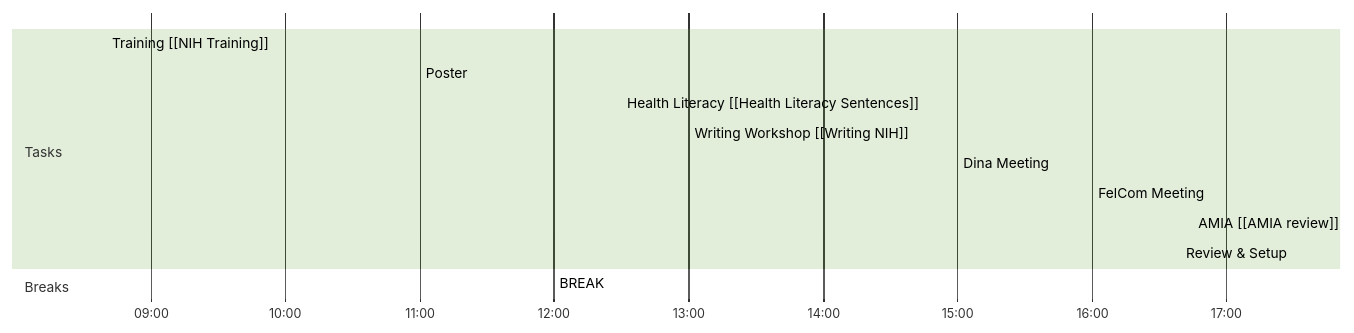
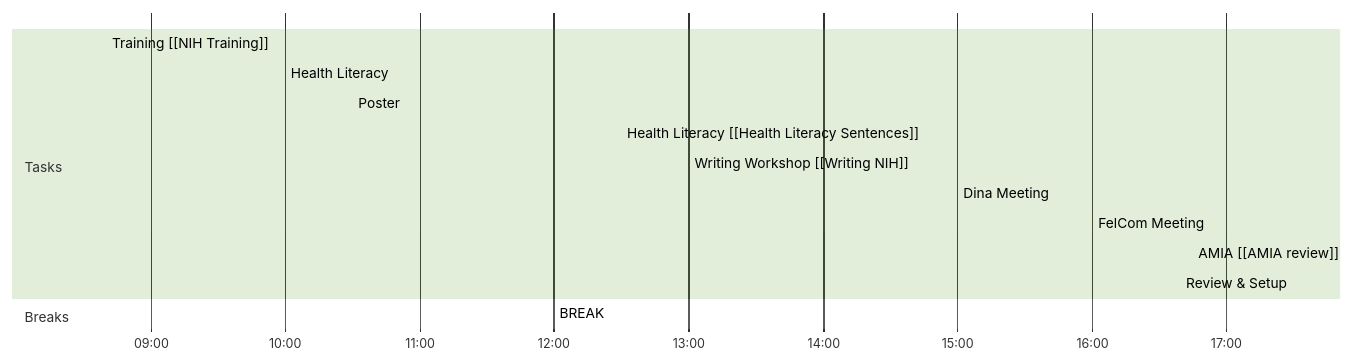
The diagram in Day Planners/Day Planner-20230803.md (tanoManzo/notes), drawn with Mermaid (forest theme) before and after one commit. The commit also changed other lines of this file, not shown here.

Commit message:
vault backup: 2023-08-03 09:01:38

````diff
--- a/Day Planners/Day Planner-20230803.md
+++ b/Day Planners/Day Planner-20230803.md
@@ -28,17 +28,18 @@
 ```mermaid
 gantt
     dateFormat  HH-mm
     axisFormat %H:%M
-    %% Current Time: 8:56:36 AM
+    %% Current Time: 9:01:36 AM
     section Tasks
-    Training [[NIH Training]]     :08-40, 140mm
-    Poster     :11-00, 60mm
+    Training [[NIH Training]]     :08-40, 80mm
+    Health Literacy     :10-00, 30mm
+    Poster     :10-30, 90mm
     Health Literacy [[Health Literacy Sentences]]     :12-30, 30mm
     Writing Workshop [[Writing NIH]]     :13-00, 120mm
     Dina Meeting     :15-00, 60mm
     FelCom Meeting     :16-00, 45mm
     AMIA [[AMIA review]]     :16-45, 45mm
     Review & Setup     :17-30, 0mm
     section Breaks
     BREAK     :12-00, 30mm
 ```
````
